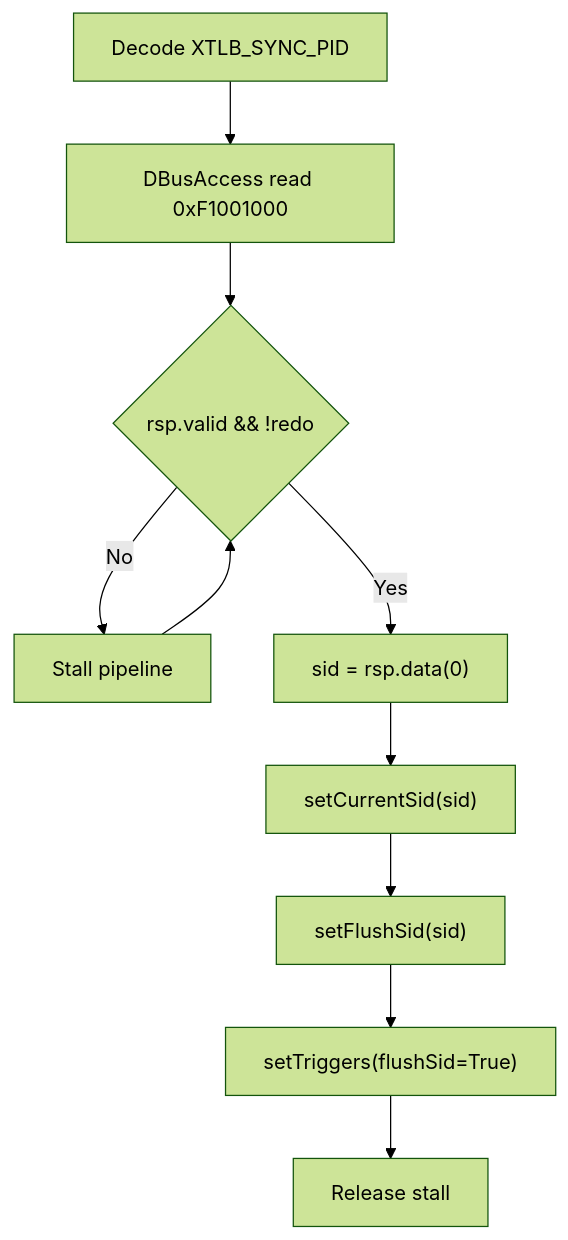
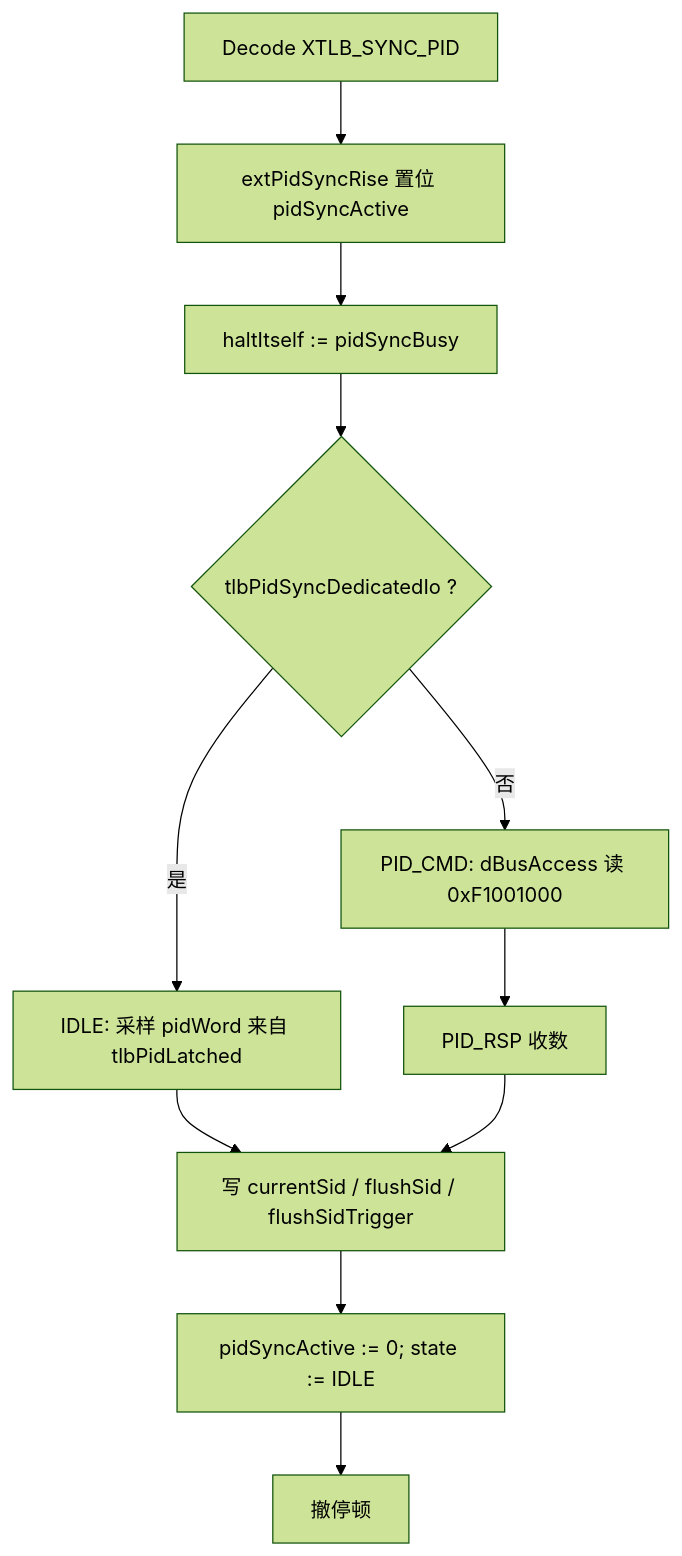
The diagram in docs/TLB_PID_Sync_Instruction_Design.md (Ruak/Litex-VexRiscv), drawn with Mermaid (forest theme) before and after one commit. The commit also changed other lines of this file and 4 other files, not shown here.

````diff
--- a/docs/TLB_PID_Sync_Instruction_Design.md
+++ b/docs/TLB_PID_Sync_Instruction_Design.md
@@ -60,12 +57,13 @@
 ```mermaid
 flowchart TD
-    Start[Decode XTLB_SYNC_PID] --> IssueRead["DBusAccess read 0xF1001000"]
-    IssueRead --> WaitRsp{rsp.valid && !redo}
-    WaitRsp -- No --> Stall[Stall pipeline]
-    Stall --> WaitRsp
-    WaitRsp -- Yes --> CalcSid["sid = rsp.data(0)"]
-    CalcSid --> SetSid["setCurrentSid(sid)"]
-    SetSid --> SetFlushSid["setFlushSid(sid)"]
-    SetFlushSid --> Trigger["setTriggers(flushSid=True)"]
-    Trigger --> Done[Release stall]
+    Dec[Decode XTLB_SYNC_PID] --> Req[extPidSyncRise 置位 pidSyncActive]
+    Req --> Stall[haltItself := pidSyncBusy]
+    Stall --> Mode{tlbPidSyncDedicatedIo ?}
+    Mode -- 是 --> IdleDo[IDLE: 采样 pidWord 来自 tlbPidLatched]
+    IdleDo --> Apply[写 currentSid / flushSid / flushSidTrigger]
+    Mode -- 否 --> PID_CMD[PID_CMD: dBusAccess 读 0xF1001000]
+    PID_CMD --> PID_RSP[PID_RSP 收数]
+    PID_RSP --> Apply
+    Apply --> Clr[pidSyncActive := 0; state := IDLE]
+    Clr --> Done[撤停顿]
 ```
````
